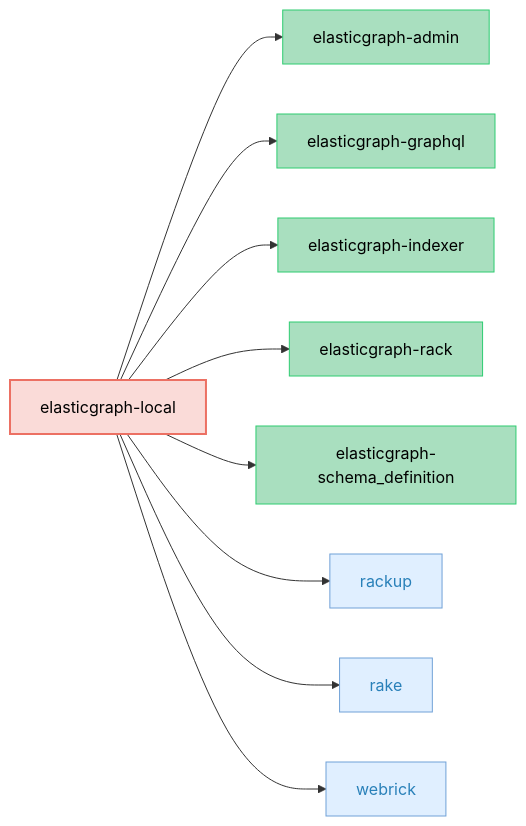
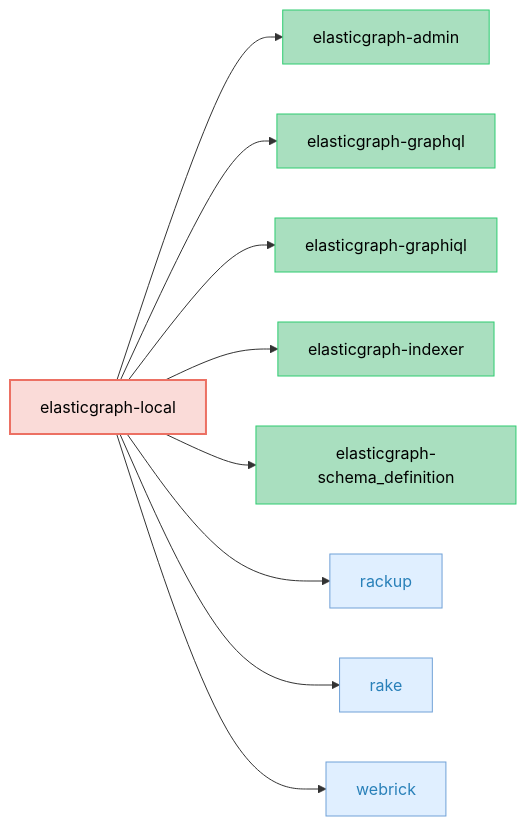
One commit to ciaran51/elasticgraph changed the diagram in elasticgraph-local/README.md. Above: the diagram before and after it, drawn with Mermaid. The commit also changed 36 other files, not shown here.

First line of the commit message:
Provide fully bundled GraphiQL UI from a new elasticgraph-graphiql gem. (#634)

````diff
--- a/elasticgraph-local/README.md
+++ b/elasticgraph-local/README.md
@@ -9,35 +9,35 @@
 ```mermaid
 graph LR;
     classDef targetGemStyle fill:#FADBD8,stroke:#EC7063,color:#000,stroke-width:2px;
     classDef otherEgGemStyle fill:#A9DFBF,stroke:#2ECC71,color:#000;
     classDef externalGemStyle fill:#E0EFFF,stroke:#70A1D7,color:#2980B9;
     elasticgraph-local["elasticgraph-local"];
     class elasticgraph-local targetGemStyle;
     elasticgraph-admin["elasticgraph-admin"];
     elasticgraph-local --> elasticgraph-admin;
     class elasticgraph-admin otherEgGemStyle;
     elasticgraph-graphql["elasticgraph-graphql"];
     elasticgraph-local --> elasticgraph-graphql;
     class elasticgraph-graphql otherEgGemStyle;
+    elasticgraph-graphiql["elasticgraph-graphiql"];
+    elasticgraph-local --> elasticgraph-graphiql;
+    class elasticgraph-graphiql otherEgGemStyle;
     elasticgraph-indexer["elasticgraph-indexer"];
     elasticgraph-local --> elasticgraph-indexer;
     class elasticgraph-indexer otherEgGemStyle;
-    elasticgraph-rack["elasticgraph-rack"];
-    elasticgraph-local --> elasticgraph-rack;
-    class elasticgraph-rack otherEgGemStyle;
     elasticgraph-schema_definition["elasticgraph-schema_definition"];
     elasticgraph-local --> elasticgraph-schema_definition;
     class elasticgraph-schema_definition otherEgGemStyle;
     rackup["rackup"];
     elasticgraph-local --> rackup;
     class rackup externalGemStyle;
     rake["rake"];
     elasticgraph-local --> rake;
     class rake externalGemStyle;
     webrick["webrick"];
     elasticgraph-local --> webrick;
     class webrick externalGemStyle;
     click rackup href "https://rubygems.org/gems/rackup" "Open on RubyGems.org" _blank;
     click rake href "https://rubygems.org/gems/rake" "Open on RubyGems.org" _blank;
     click webrick href "https://rubygems.org/gems/webrick" "Open on RubyGems.org" _blank;
 ```
````
